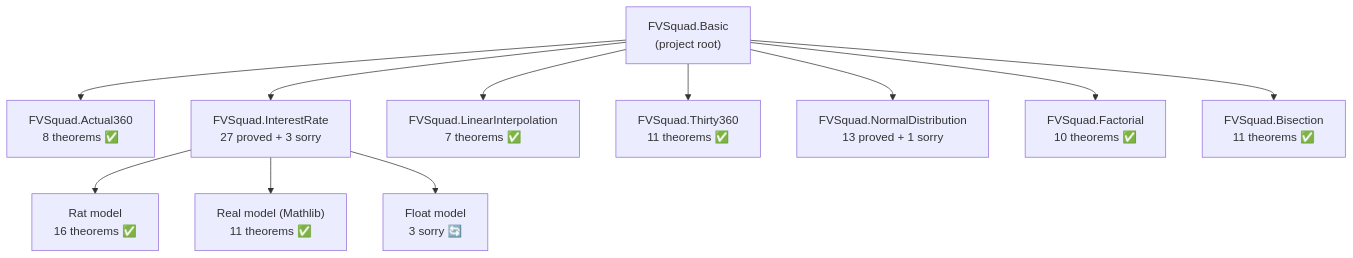
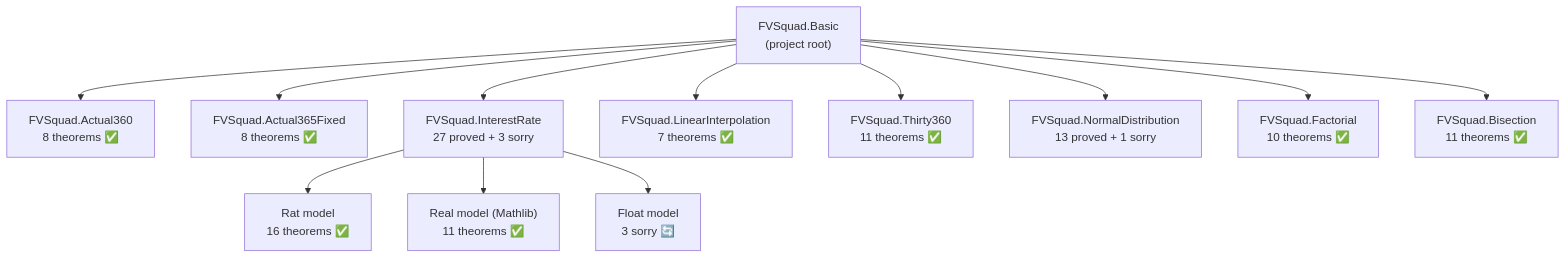
One commit to dsyme/QuantLib changed the first of 11 diagrams in formal-verification/REPORT.md. Above: the diagram before and after it, drawn with Mermaid. The commit also changed other lines of this file and 1 other file, not shown here.

````diff
--- a/formal-verification/REPORT.md
+++ b/formal-verification/REPORT.md
@@ -21,24 +21,26 @@
 ```mermaid
 graph TD
     A["FVSquad.Basic<br/>(project root)"]
     B["FVSquad.Actual360<br/>8 theorems ✅"]
+    B2["FVSquad.Actual365Fixed<br/>8 theorems ✅"]
     C["FVSquad.InterestRate<br/>27 proved + 3 sorry"]
     D["FVSquad.LinearInterpolation<br/>7 theorems ✅"]
     E["FVSquad.Thirty360<br/>11 theorems ✅"]
     F["FVSquad.NormalDistribution<br/>13 proved + 1 sorry"]
     G["FVSquad.Factorial<br/>10 theorems ✅"]
     H["FVSquad.Bisection<br/>11 theorems ✅"]
     A --> B
+    A --> B2
     A --> C
     A --> D
     A --> E
     A --> F
     A --> G
     A --> H
     C1["Rat model<br/>16 theorems ✅"]
     C2["Real model (Mathlib)<br/>11 theorems ✅"]
     C3["Float model<br/>3 sorry 🔄"]
     C --> C1
     C --> C2
     C --> C3
 ```
````
